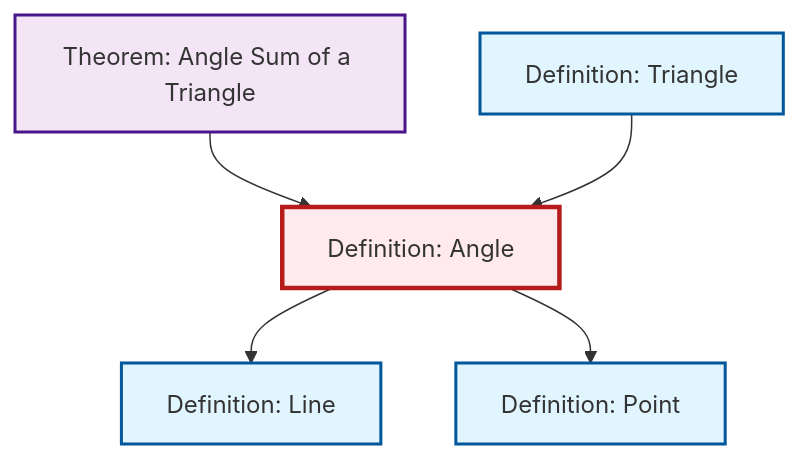
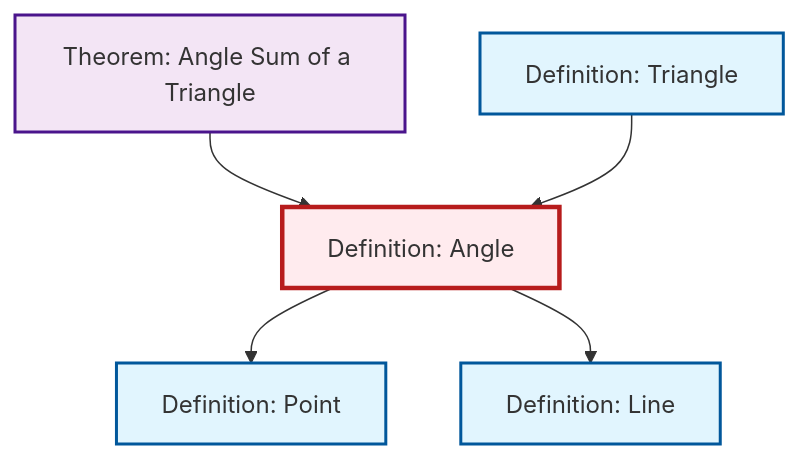
The diagram in content/en/geometry/def-angle.qmd (RK0429/ModernMath), drawn with Mermaid before and after one commit. The commit also changed other lines of this file and 474 other files, not shown here.

````diff
--- a/content/en/geometry/def-angle.qmd
+++ b/content/en/geometry/def-angle.qmd
@@ -49,23 +49,23 @@
 ```{mermaid}
 %%| fig-cap: "Local dependency graph"
 graph TD
     classDef definition fill:#e1f5fe,stroke:#01579b,stroke-width:2px
     classDef theorem fill:#f3e5f5,stroke:#4a148c,stroke-width:2px
     classDef axiom fill:#fff3e0,stroke:#e65100,stroke-width:2px
     classDef example fill:#e8f5e9,stroke:#1b5e20,stroke-width:2px
     classDef current fill:#ffebee,stroke:#b71c1c,stroke-width:3px
+    def-triangle["Definition: Triangle"]:::definition
+    def-point["Definition: Point"]:::definition
+    def-line["Definition: Line"]:::definition
     thm-angle-sum-triangle["Theorem: Angle Sum of a Triangle"]:::theorem
-    def-line["Definition: Line"]:::definition
-    def-triangle["Definition: Triangle"]:::definition
     def-angle["Definition: Angle"]:::definition
-    def-point["Definition: Point"]:::definition
+    def-angle --> def-point
+    thm-angle-sum-triangle --> def-angle
+    def-triangle --> def-angle
     def-angle --> def-line
-    thm-angle-sum-triangle --> def-angle
-    def-angle --> def-point
-    def-triangle --> def-angle
     class def-angle current
-    click thm-angle-sum-triangle "thm-angle-sum-triangle.html" "Go to Angle Sum of a Triangle theorem"
-    click def-line "def-line.html" "Go to Line definition"
     click def-triangle "def-triangle.html" "Go to Triangle definition"
     click def-point "def-point.html" "Go to Point definition"
+    click def-line "def-line.html" "Go to Line definition"
+    click thm-angle-sum-triangle "thm-angle-sum-triangle.html" "Go to Angle Sum of a Triangle theorem"
 ```
````
